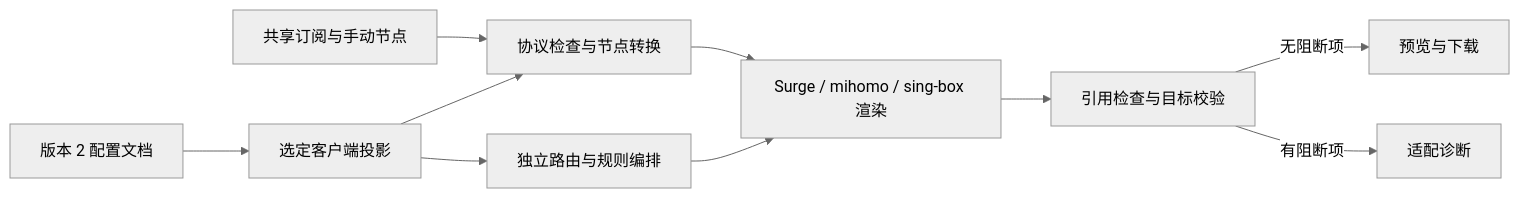
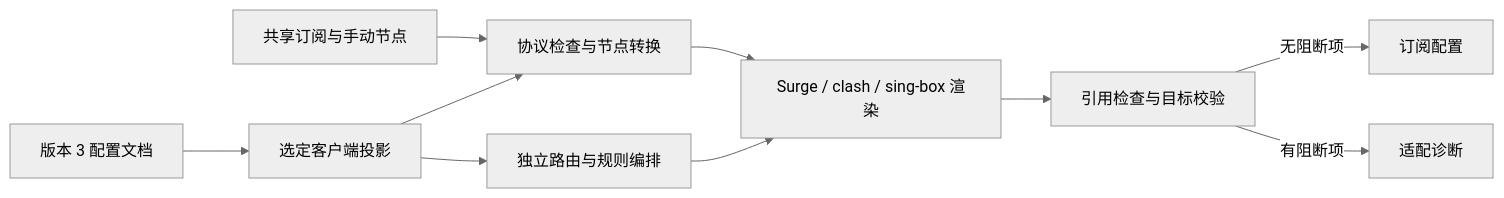
Before and after one commit to tnt2ray/subpilot-worker: the diagram in docs/architecture.md, drawn with Mermaid (neutral theme). The commit also changed other lines of this file and 26 other files, not shown here.

````diff
--- a/docs/architecture.md
+++ b/docs/architecture.md
@@ -11,12 +11,12 @@
 ```mermaid
 flowchart LR
-  D[版本 2 配置文档] --> P[选定客户端投影]
+  D[版本 3 配置文档] --> P[选定客户端投影]
   S[共享订阅与手动节点] --> N[协议检查与节点转换]
   P --> N
   P --> R[独立路由与规则编排]
-  N --> A[Surge / mihomo / sing-box 渲染]
+  N --> A[Surge / clash / sing-box 渲染]
   R --> A
   A --> V[引用检查与目标校验]
-  V -->|无阻断项| O[预览与下载]
+  V -->|无阻断项| O[订阅配置]
   V -->|有阻断项| E[适配诊断]
 ```
````
